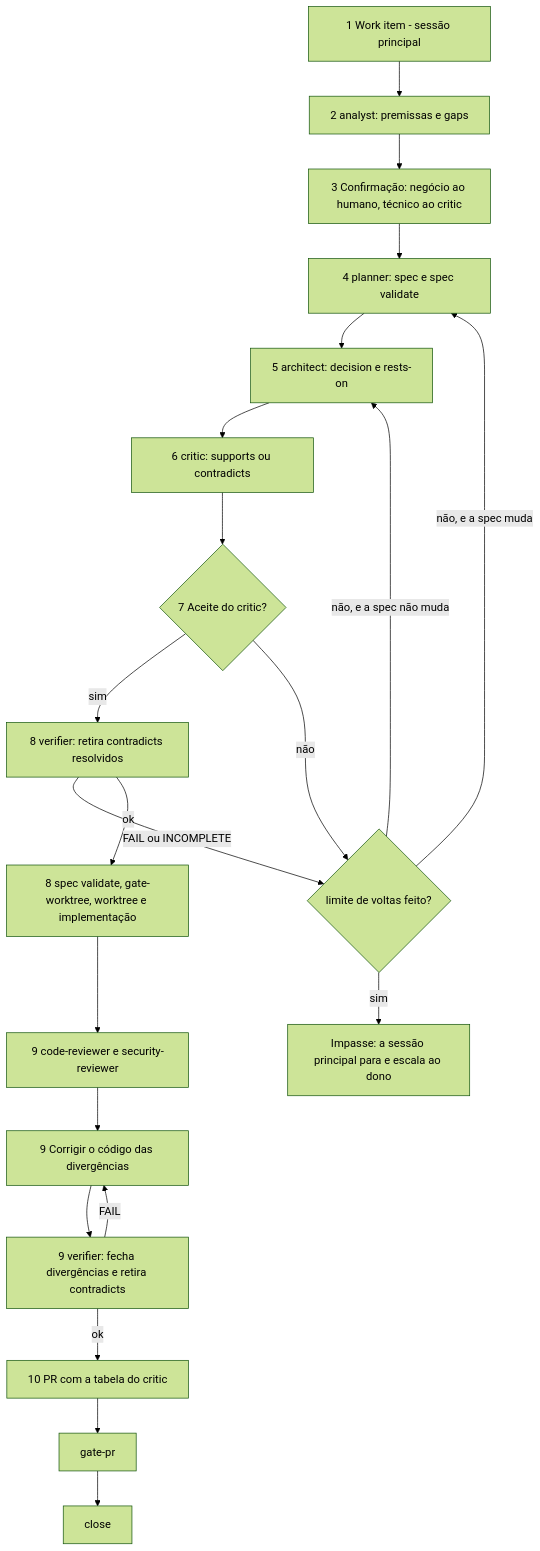
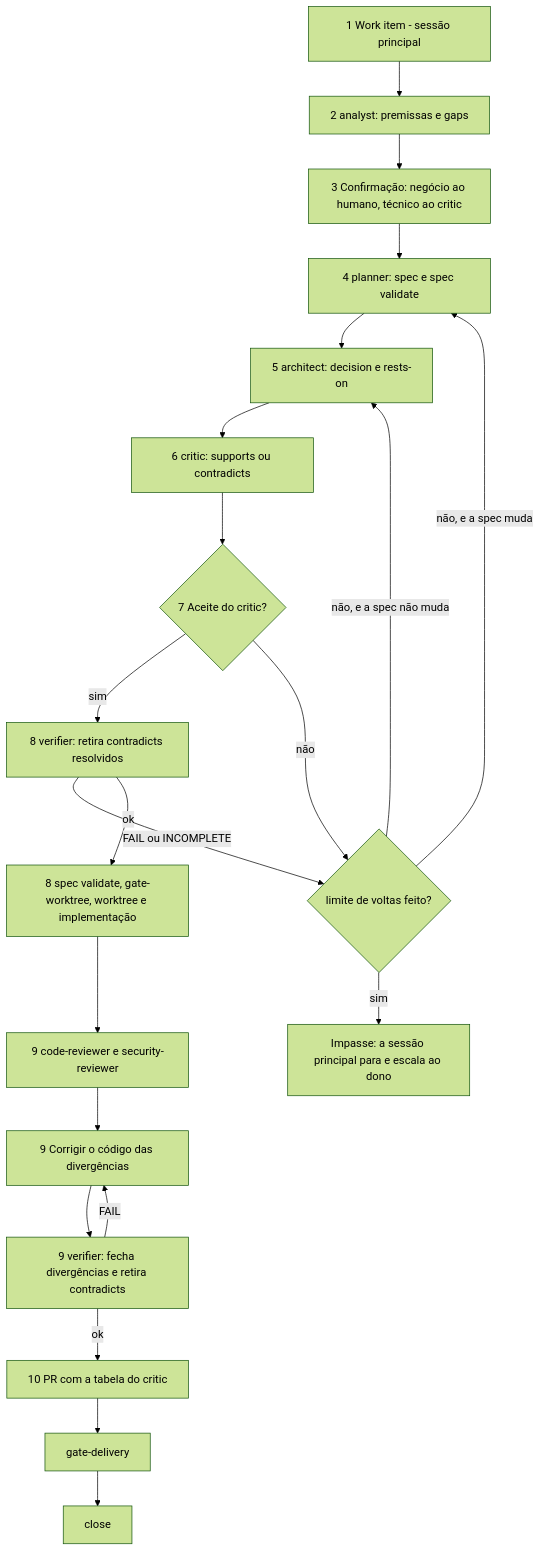
Before and after one commit to gabrielh-silvestre/oh-my-hexflow: the diagram in docs/directives-flow.md, drawn with Mermaid (forest theme). The commit also changed other lines of this file and 170 other files, not shown here.

````diff
--- a/docs/directives-flow.md
+++ b/docs/directives-flow.md
@@ -307,23 +316,23 @@
 ```mermaid
 flowchart TD
   P1["1 Work item - sessão principal"] --> P2["2 analyst: premissas e gaps"]
   P2 --> P3["3 Confirmação: negócio ao humano, técnico ao critic"]
   P3 --> P4["4 planner: spec e spec validate"]
   P4 --> P5["5 architect: decision e rests-on"]
   P5 --> P6["6 critic: supports ou contradicts"]
   P6 --> P7{"7 Aceite do critic?"}
   P7 -- "sim" --> P8A["8 verifier: retira contradicts resolvidos"]
   P7 -- "não" --> LIM{"limite de voltas feito?"}
   P8A -- "FAIL ou INCOMPLETE" --> LIM
   LIM -- "não, e a spec não muda" --> P5
   LIM -- "não, e a spec muda" --> P4
   LIM -- "sim" --> ESC["Impasse: a sessão principal para e escala ao dono"]
   P8A -- "ok" --> P8B["8 spec validate, gate-worktree, worktree e implementação"]
   P8B --> P9["9 code-reviewer e security-reviewer"]
   P9 --> FIX0["9 Corrigir o código das divergências"]
   FIX0 --> V9["9 verifier: fecha divergências e retira contradicts"]
   V9 -- "FAIL" --> FIX0
   V9 -- "ok" --> P10["10 PR com a tabela do critic"]
-  P10 --> GP["gate-pr"]
+  P10 --> GP["gate-delivery"]
   GP --> CL["close"]
 ```
````
